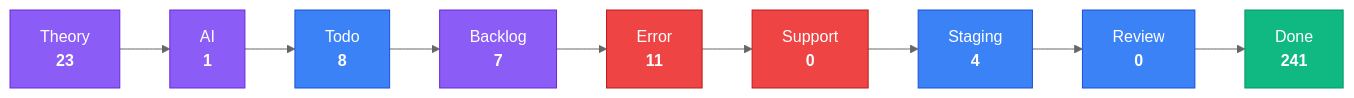
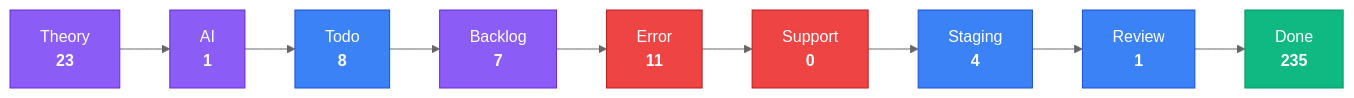
One commit to KBVE/kbve changed the third of 4 diagrams in apps/kbve/astro-kbve/src/content/docs/dashboard/kanban-data.mdx. Above: the diagram before and after it, drawn with Mermaid (neutral theme). The commit also changed other lines of this file and 7 other files, not shown here.

````diff
--- a/apps/kbve/astro-kbve/src/content/docs/dashboard/kanban-data.mdx
+++ b/apps/kbve/astro-kbve/src/content/docs/dashboard/kanban-data.mdx
@@ -79,28 +80,28 @@
 ```mermaid
 flowchart LR
     classDef planning fill:#8b5cf6,stroke:#6d28d9,color:#fff
     classDef active fill:#3b82f6,stroke:#1d4ed8,color:#fff
     classDef blocked fill:#ef4444,stroke:#b91c1c,color:#fff
     classDef done fill:#10b981,stroke:#059669,color:#fff
     Theory["Theory<br/><strong>23</strong>"]
     Theory --> AI
     AI["AI<br/><strong>1</strong>"]
     AI --> Todo
     Todo["Todo<br/><strong>8</strong>"]
     Todo --> Backlog
     Backlog["Backlog<br/><strong>7</strong>"]
     Backlog --> Error
     Error["Error<br/><strong>11</strong>"]
     Error --> Support
     Support["Support<br/><strong>0</strong>"]
     Support --> Staging
     Staging["Staging<br/><strong>4</strong>"]
     Staging --> Review
-    Review["Review<br/><strong>0</strong>"]
+    Review["Review<br/><strong>1</strong>"]
     Review --> Done
-    Done["Done<br/><strong>241</strong>"]
+    Done["Done<br/><strong>235</strong>"]
     class Theory,AI,Backlog planning
     class Todo,Staging,Review active
     class Error,Support blocked
     class Done done
 ```
````
